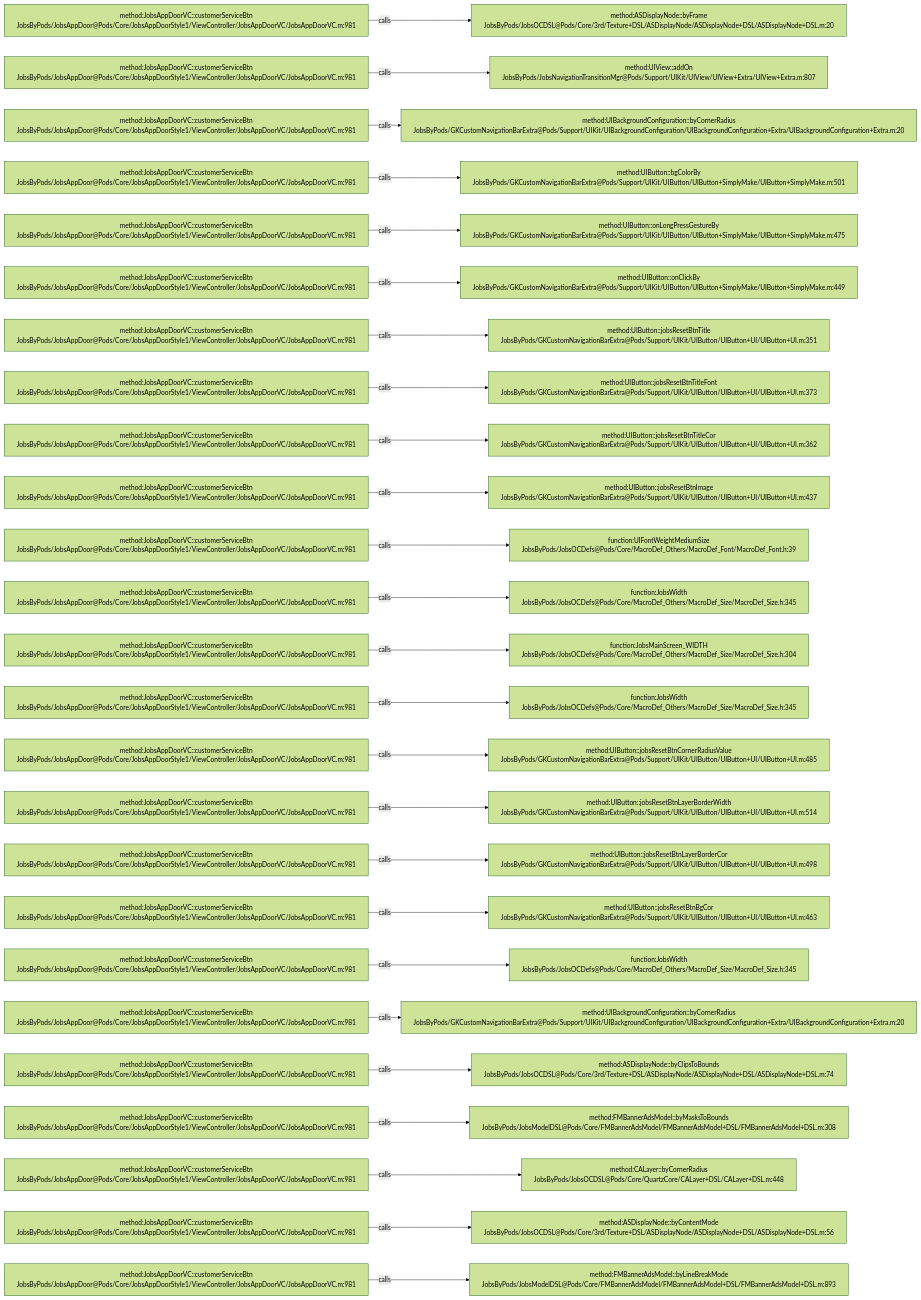
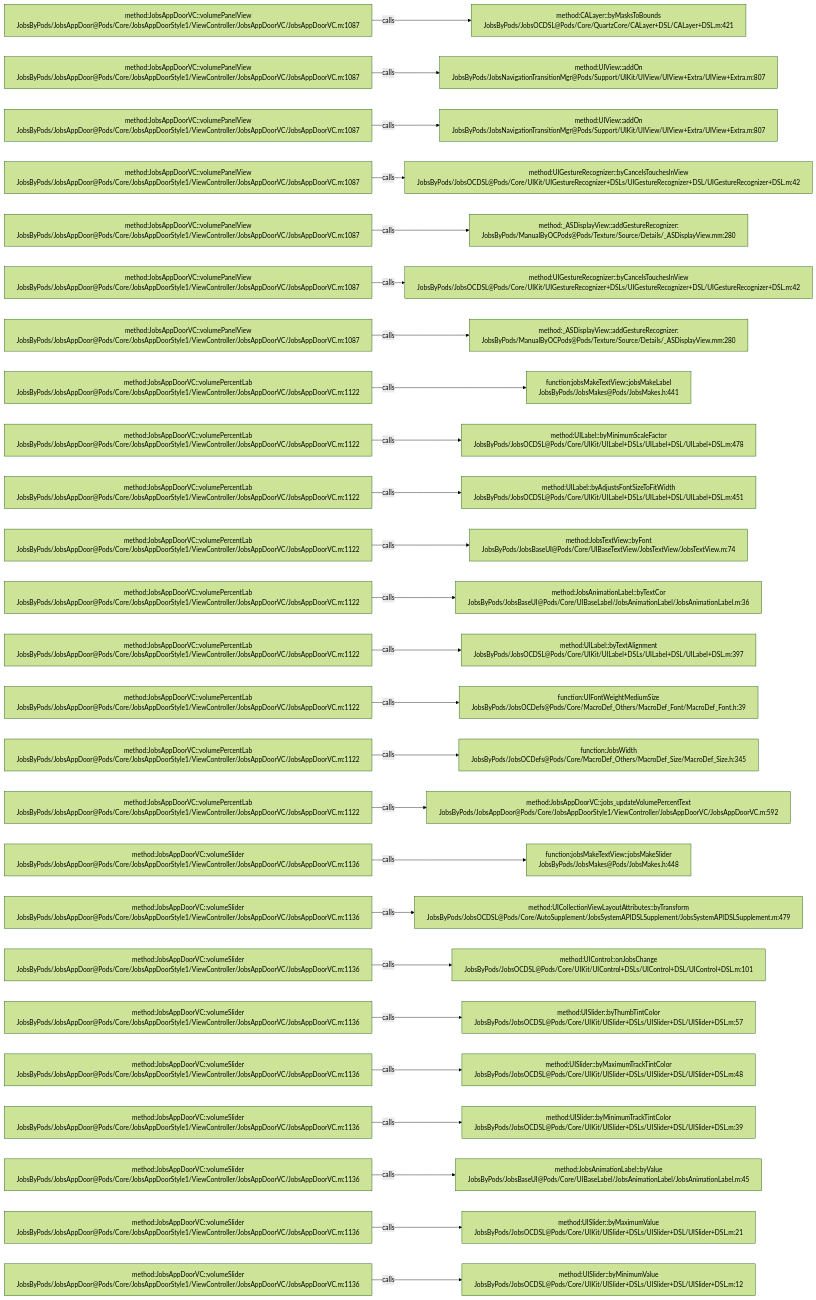
One commit to JobsKits/JobsOCBaseConfigDemo changed the diagram in .codegraph/codegraph.md/graphs/calls-116.md. Above: the diagram before and after it, drawn with Mermaid (forest theme). The commit also changed 223 other files, not shown here.

````diff
--- a/.codegraph/codegraph.md/graphs/calls-116.md
+++ b/.codegraph/codegraph.md/graphs/calls-116.md
@@ -13,78 +13,78 @@
 ```mermaid
 flowchart LR
-  S1["method:JobsAppDoorVC::customerServiceBtn<br/>JobsByPods/JobsAppDoor@Pods/Core/JobsAppDoorStyle1/ViewController/JobsAppDoorVC/JobsAppDoorVC.m:981"]
-  T1["method:ASDisplayNode::byFrame<br/>JobsByPods/JobsOCDSL@Pods/Core/3rd/Texture+DSL/ASDisplayNode/ASDisplayNode+DSL/ASDisplayNode+DSL.m:20"]
+  S1["method:JobsAppDoorVC::volumePanelView<br/>JobsByPods/JobsAppDoor@Pods/Core/JobsAppDoorStyle1/ViewController/JobsAppDoorVC/JobsAppDoorVC.m:1087"]
+  T1["method:CALayer::byMasksToBounds<br/>JobsByPods/JobsOCDSL@Pods/Core/QuartzCore/CALayer+DSL/CALayer+DSL.m:421"]
   S1 -->|calls| T1
-  S2["method:JobsAppDoorVC::customerServiceBtn<br/>JobsByPods/JobsAppDoor@Pods/Core/JobsAppDoorStyle1/ViewController/JobsAppDoorVC/JobsAppDoorVC.m:981"]
+  S2["method:JobsAppDoorVC::volumePanelView<br/>JobsByPods/JobsAppDoor@Pods/Core/JobsAppDoorStyle1/ViewController/JobsAppDoorVC/JobsAppDoorVC.m:1087"]
   T2["method:UIView::addOn<br/>JobsByPods/JobsNavigationTransitionMgr@Pods/Support/UIKit/UIView/UIView+Extra/UIView+Extra.m:807"]
   S2 -->|calls| T2
-  S3["method:JobsAppDoorVC::customerServiceBtn<br/>JobsByPods/JobsAppDoor@Pods/Core/JobsAppDoorStyle1/ViewController/JobsAppDoorVC/JobsAppDoorVC.m:981"]
-  T3["method:UIBackgroundConfiguration::byCornerRadius<br/>JobsByPods/GKCustomNavigationBarExtra@Pods/Support/UIKit/UIBackgroundConfiguration/UIBackgroundConfiguration+Extra/UIBackgroundConfiguration+Extra.m:20"]
+  S3["method:JobsAppDoorVC::volumePanelView<br/>JobsByPods/JobsAppDoor@Pods/Core/JobsAppDoorStyle1/ViewController/JobsAppDoorVC/JobsAppDoorVC.m:1087"]
+  T3["method:UIView::addOn<br/>JobsByPods/JobsNavigationTransitionMgr@Pods/Support/UIKit/UIView/UIView+Extra/UIView+Extra.m:807"]
   S3 -->|calls| T3
-  S4["method:JobsAppDoorVC::customerServiceBtn<br/>JobsByPods/JobsAppDoor@Pods/Core/JobsAppDoorStyle1/ViewController/JobsAppDoorVC/JobsAppDoorVC.m:981"]
-  T4["method:UIButton::bgColorBy<br/>JobsByPods/GKCustomNavigationBarExtra@Pods/Support/UIKit/UIButton/UIButton+SimplyMake/UIButton+SimplyMake.m:501"]
+  S4["method:JobsAppDoorVC::volumePanelView<br/>JobsByPods/JobsAppDoor@Pods/Core/JobsAppDoorStyle1/ViewController/JobsAppDoorVC/JobsAppDoorVC.m:1087"]
+  T4["method:UIGestureRecognizer::byCancelsTouchesInView<br/>JobsByPods/JobsOCDSL@Pods/Core/UIKit/UIGestureRecognizer+DSLs/UIGestureRecognizer+DSL/UIGestureRecognizer+DSL.m:42"]
   S4 -->|calls| T4
-  S5["method:JobsAppDoorVC::customerServiceBtn<br/>JobsByPods/JobsAppDoor@Pods/Core/JobsAppDoorStyle1/ViewController/JobsAppDoorVC/JobsAppDoorVC.m:981"]
-  T5["method:UIButton::onLongPressGestureBy<br/>JobsByPods/GKCustomNavigationBarExtra@Pods/Support/UIKit/UIButton/UIButton+SimplyMake/UIButton+SimplyMake.m:475"]
+  S5["method:JobsAppDoorVC::volumePanelView<br/>JobsByPods/JobsAppDoor@Pods/Core/JobsAppDoorStyle1/ViewController/JobsAppDoorVC/JobsAppDoorVC.m:1087"]
+  T5["method:_ASDisplayView::addGestureRecognizer:<br/>JobsByPods/ManualByOCPods@Pods/Texture/Source/Details/_ASDisplayView.mm:280"]
   S5 -->|calls| T5
-  S6["method:JobsAppDoorVC::customerServiceBtn<br/>JobsByPods/JobsAppDoor@Pods/Core/JobsAppDoorStyle1/ViewController/JobsAppDoorVC/JobsAppDoorVC.m:981"]
-  T6["method:UIButton::onClickBy<br/>JobsByPods/GKCustomNavigationBarExtra@Pods/Support/UIKit/UIButton/UIButton+SimplyMake/UIButton+SimplyMake.m:449"]
+  S6["method:JobsAppDoorVC::volumePanelView<br/>JobsByPods/JobsAppDoor@Pods/Core/JobsAppDoorStyle1/ViewController/JobsAppDoorVC/JobsAppDoorVC.m:1087"]
+  T6["method:UIGestureRecognizer::byCancelsTouchesInView<br/>JobsByPods/JobsOCDSL@Pods/Core/UIKit/UIGestureRecognizer+DSLs/UIGestureRecognizer+DSL/UIGestureRecognizer+DSL.m:42"]
   S6 -->|calls| T6
-  S7["method:JobsAppDoorVC::customerServiceBtn<br/>JobsByPods/JobsAppDoor@Pods/Core/JobsAppDoorStyle1/ViewController/JobsAppDoorVC/JobsAppDoorVC.m:981"]
-  T7["method:UIButton::jobsResetBtnTitle<br/>JobsByPods/GKCustomNavigationBarExtra@Pods/Support/UIKit/UIButton/UIButton+UI/UIButton+UI.m:351"]
+  S7["method:JobsAppDoorVC::volumePanelView<br/>JobsByPods/JobsAppDoor@Pods/Core/JobsAppDoorStyle1/ViewController/JobsAppDoorVC/JobsAppDoorVC.m:1087"]
+  T7["method:_ASDisplayView::addGestureRecognizer:<br/>JobsByPods/ManualByOCPods@Pods/Texture/Source/Details/_ASDisplayView.mm:280"]
   S7 -->|calls| T7
-  S8["method:JobsAppDoorVC::customerServiceBtn<br/>JobsByPods/JobsAppDoor@Pods/Core/JobsAppDoorStyle1/ViewController/JobsAppDoorVC/JobsAppDoorVC.m:981"]
-  T8["method:UIButton::jobsResetBtnTitleFont<br/>JobsByPods/GKCustomNavigationBarExtra@Pods/Support/UIKit/UIButton/UIButton+UI/UIButton+UI.m:373"]
+  S8["method:JobsAppDoorVC::volumePercentLab<br/>JobsByPods/JobsAppDoor@Pods/Core/JobsAppDoorStyle1/ViewController/JobsAppDoorVC/JobsAppDoorVC.m:1122"]
+  T8["function:jobsMakeTextView::jobsMakeLabel<br/>JobsByPods/JobsMakes@Pods/JobsMakes.h:441"]
   S8 -->|calls| T8
-  S9["method:JobsAppDoorVC::customerServiceBtn<br/>JobsByPods/JobsAppDoor@Pods/Core/JobsAppDoorStyle1/ViewController/JobsAppDoorVC/JobsAppDoorVC.m:981"]
-  T9["method:UIButton::jobsResetBtnTitleCor<br/>JobsByPods/GKCustomNavigationBarExtra@Pods/Support/UIKit/UIButton/UIButton+UI/UIButton+UI.m:362"]
+  S9["method:JobsAppDoorVC::volumePercentLab<br/>JobsByPods/JobsAppDoor@Pods/Core/JobsAppDoorStyle1/ViewController/JobsAppDoorVC/JobsAppDoorVC.m:1122"]
+  T9["method:UILabel::byMinimumScaleFactor<br/>JobsByPods/JobsOCDSL@Pods/Core/UIKit/UILabel+DSLs/UILabel+DSL/UILabel+DSL.m:478"]
   S9 -->|calls| T9
-  S10["method:JobsAppDoorVC::customerServiceBtn<br/>JobsByPods/JobsAppDoor@Pods/Core/JobsAppDoorStyle1/ViewController/JobsAppDoorVC/JobsAppDoorVC.m:981"]
-  T10["method:UIButton::jobsResetBtnImage<br/>JobsByPods/GKCustomNavigationBarExtra@Pods/Support/UIKit/UIButton/UIButton+UI/UIButton+UI.m:437"]
+  S10["method:JobsAppDoorVC::volumePercentLab<br/>JobsByPods/JobsAppDoor@Pods/Core/JobsAppDoorStyle1/ViewController/JobsAppDoorVC/JobsAppDoorVC.m:1122"]
+  T10["method:UILabel::byAdjustsFontSizeToFitWidth<br/>JobsByPods/JobsOCDSL@Pods/Core/UIKit/UILabel+DSLs/UILabel+DSL/UILabel+DSL.m:451"]
   S10 -->|calls| T10
-  S11["method:JobsAppDoorVC::customerServiceBtn<br/>JobsByPods/JobsAppDoor@Pods/Core/JobsAppDoorStyle1/ViewController/JobsAppDoorVC/JobsAppDoorVC.m:981"]
-  T11["function:UIFontWeightMediumSize<br/>JobsByPods/JobsOCDefs@Pods/Core/MacroDef_Others/MacroDef_Font/MacroDef_Font.h:39"]
+  S11["method:JobsAppDoorVC::volumePercentLab<br/>JobsByPods/JobsAppDoor@Pods/Core/JobsAppDoorStyle1/ViewController/JobsAppDoorVC/JobsAppDoorVC.m:1122"]
+  T11["method:JobsTextView::byFont<br/>JobsByPods/JobsBaseUI@Pods/Core/UIBaseTextView/JobsTextView/JobsTextView.m:74"]
   S11 -->|calls| T11
-  S12["method:JobsAppDoorVC::customerServiceBtn<br/>JobsByPods/JobsAppDoor@Pods/Core/JobsAppDoorStyle1/ViewController/JobsAppDoorVC/JobsAppDoorVC.m:981"]
-  T12["function:JobsWidth<br/>JobsByPods/JobsOCDefs@Pods/Core/MacroDef_Others/MacroDef_Size/MacroDef_Size.h:345"]
+  S12["method:JobsAppDoorVC::volumePercentLab<br/>JobsByPods/JobsAppDoor@Pods/Core/JobsAppDoorStyle1/ViewController/JobsAppDoorVC/JobsAppDoorVC.m:1122"]
+  T12["method:JobsAnimationLabel::byTextCor<br/>JobsByPods/JobsBaseUI@Pods/Core/UIBaseLabel/JobsAnimationLabel/JobsAnimationLabel.m:36"]
   S12 -->|calls| T12
-  S13["method:JobsAppDoorVC::customerServiceBtn<br/>JobsByPods/JobsAppDoor@Pods/Core/JobsAppDoorStyle1/ViewController/JobsAppDoorVC/JobsAppDoorVC.m:981"]
-  T13["function:JobsMainScreen_WIDTH<br/>JobsByPods/JobsOCDefs@Pods/Core/MacroDef_Others/MacroDef_Size/MacroDef_Size.h:304"]
+  S13["method:JobsAppDoorVC::volumePercentLab<br/>JobsByPods/JobsAppDoor@Pods/Core/JobsAppDoorStyle1/ViewController/JobsAppDoorVC/JobsAppDoorVC.m:1122"]
+  T13["method:UILabel::byTextAlignment<br/>JobsByPods/JobsOCDSL@Pods/Core/UIKit/UILabel+DSLs/UILabel+DSL/UILabel+DSL.m:397"]
   S13 -->|calls| T13
-  S14["method:JobsAppDoorVC::customerServiceBtn<br/>JobsByPods/JobsAppDoor@Pods/Core/JobsAppDoorStyle1/ViewController/JobsAppDoorVC/JobsAppDoorVC.m:981"]
-  T14["function:JobsWidth<br/>JobsByPods/JobsOCDefs@Pods/Core/MacroDef_Others/MacroDef_Size/MacroDef_Size.h:345"]
+  S14["method:JobsAppDoorVC::volumePercentLab<br/>JobsByPods/JobsAppDoor@Pods/Core/JobsAppDoorStyle1/ViewController/JobsAppDoorVC/JobsAppDoorVC.m:1122"]
+  T14["function:UIFontWeightMediumSize<br/>JobsByPods/JobsOCDefs@Pods/Core/MacroDef_Others/MacroDef_Font/MacroDef_Font.h:39"]
   S14 -->|calls| T14
-  S15["method:JobsAppDoorVC::customerServiceBtn<br/>JobsByPods/JobsAppDoor@Pods/Core/JobsAppDoorStyle1/ViewController/JobsAppDoorVC/JobsAppDoorVC.m:981"]
-  T15["method:UIButton::jobsResetBtnCornerRadiusValue<br/>JobsByPods/GKCustomNavigationBarExtra@Pods/Support/UIKit/UIButton/UIButton+UI/UIButton+UI.m:485"]
+  S15["method:JobsAppDoorVC::volumePercentLab<br/>JobsByPods/JobsAppDoor@Pods/Core/JobsAppDoorStyle1/ViewController/JobsAppDoorVC/JobsAppDoorVC.m:1122"]
+  T15["function:JobsWidth<br/>JobsByPods/JobsOCDefs@Pods/Core/MacroDef_Others/MacroDef_Size/MacroDef_Size.h:345"]
   S15 -->|calls| T15
-  S16["method:JobsAppDoorVC::customerServiceBtn<br/>JobsByPods/JobsAppDoor@Pods/Core/JobsAppDoorStyle1/ViewController/JobsAppDoorVC/JobsAppDoorVC.m:981"]
-  T16["method:UIButton::jobsResetBtnLayerBorderWidth<br/>JobsByPods/GKCustomNavigationBarExtra@Pods/Support/UIKit/UIButton/UIButton+UI/UIButton+UI.m:514"]
+  S16["method:JobsAppDoorVC::volumePercentLab<br/>JobsByPods/JobsAppDoor@Pods/Core/JobsAppDoorStyle1/ViewController/JobsAppDoorVC/JobsAppDoorVC.m:1122"]
+  T16["method:JobsAppDoorVC::jobs_updateVolumePercentText<br/>JobsByPods/JobsAppDoor@Pods/Core/JobsAppDoorStyle1/ViewController/JobsAppDoorVC/JobsAppDoorVC.m:592"]
   S16 -->|calls| T16
-  S17["method:JobsAppDoorVC::customerServiceBtn<br/>JobsByPods/JobsAppDoor@Pods/Core/JobsAppDoorStyle1/ViewController/JobsAppDoorVC/JobsAppDoorVC.m:981"]
-  T17["method:UIButton::jobsResetBtnLayerBorderCor<br/>JobsByPods/GKCustomNavigationBarExtra@Pods/Support/UIKit/UIButton/UIButton+UI/UIButton+UI.m:498"]
+  S17["method:JobsAppDoorVC::volumeSlider<br/>JobsByPods/JobsAppDoor@Pods/Core/JobsAppDoorStyle1/ViewController/JobsAppDoorVC/JobsAppDoorVC.m:1136"]
+  T17["function:jobsMakeTextView::jobsMakeSlider<br/>JobsByPods/JobsMakes@Pods/JobsMakes.h:448"]
   S17 -->|calls| T17
-  S18["method:JobsAppDoorVC::customerServiceBtn<br/>JobsByPods/JobsAppDoor@Pods/Core/JobsAppDoorStyle1/ViewController/JobsAppDoorVC/JobsAppDoorVC.m:981"]
-  T18["method:UIButton::jobsResetBtnBgCor<br/>JobsByPods/GKCustomNavigationBarExtra@Pods/Support/UIKit/UIButton/UIButton+UI/UIButton+UI.m:463"]
+  S18["method:JobsAppDoorVC::volumeSlider<br/>JobsByPods/JobsAppDoor@Pods/Core/JobsAppDoorStyle1/ViewController/JobsAppDoorVC/JobsAppDoorVC.m:1136"]
+  T18["method:UICollectionViewLayoutAttributes::byTransform<br/>JobsByPods/JobsOCDSL@Pods/Core/AutoSupplement/JobsSystemAPIDSLSupplement/JobsSystemAPIDSLSupplement.m:479"]
   S18 -->|calls| T18
-  S19["method:JobsAppDoorVC::customerServiceBtn<br/>JobsByPods/JobsAppDoor@Pods/Core/JobsAppDoorStyle1/ViewController/JobsAppDoorVC/JobsAppDoorVC.m:981"]
-  T19["function:JobsWidth<br/>JobsByPods/JobsOCDefs@Pods/Core/MacroDef_Others/MacroDef_Size/MacroDef_Size.h:345"]
+  S19["method:JobsAppDoorVC::volumeSlider<br/>JobsByPods/JobsAppDoor@Pods/Core/JobsAppDoorStyle1/ViewController/JobsAppDoorVC/JobsAppDoorVC.m:1136"]
+  T19["method:UIControl::onJobsChange<br/>JobsByPods/JobsOCDSL@Pods/Core/UIKit/UIControl+DSLs/UIControl+DSL/UIControl+DSL.m:101"]
   S19 -->|calls| T19
-  S20["method:JobsAppDoorVC::customerServiceBtn<br/>JobsByPods/JobsAppDoor@Pods/Core/JobsAppDoorStyle1/ViewController/JobsAppDoorVC/JobsAppDoorVC.m:981"]
-  T20["method:UIBackgroundConfiguration::byCornerRadius<br/>JobsByPods/GKCustomNavigationBarExtra@Pods/Support/UIKit/UIBackgroundConfiguration/UIBackgroundConfiguration+Extra/UIBackgroundConfiguration+Extra.m:20"]
+  S20["method:JobsAppDoorVC::volumeSlider<br/>JobsByPods/JobsAppDoor@Pods/Core/JobsAppDoorStyle1/ViewController/JobsAppDoorVC/JobsAppDoorVC.m:1136"]
+  T20["method:UISlider::byThumbTintColor<br/>JobsByPods/JobsOCDSL@Pods/Core/UIKit/UISlider+DSLs/UISlider+DSL/UISlider+DSL.m:57"]
   S20 -->|calls| T20
-  S21["method:JobsAppDoorVC::customerServiceBtn<br/>JobsByPods/JobsAppDoor@Pods/Core/JobsAppDoorStyle1/ViewController/JobsAppDoorVC/JobsAppDoorVC.m:981"]
-  T21["method:ASDisplayNode::byClipsToBounds<br/>JobsByPods/JobsOCDSL@Pods/Core/3rd/Texture+DSL/ASDisplayNode/ASDisplayNode+DSL/ASDisplayNode+DSL.m:74"]
+  S21["method:JobsAppDoorVC::volumeSlider<br/>JobsByPods/JobsAppDoor@Pods/Core/JobsAppDoorStyle1/ViewController/JobsAppDoorVC/JobsAppDoorVC.m:1136"]
+  T21["method:UISlider::byMaximumTrackTintColor<br/>JobsByPods/JobsOCDSL@Pods/Core/UIKit/UISlider+DSLs/UISlider+DSL/UISlider+DSL.m:48"]
   S21 -->|calls| T21
-  S22["method:JobsAppDoorVC::customerServiceBtn<br/>JobsByPods/JobsAppDoor@Pods/Core/JobsAppDoorStyle1/ViewController/JobsAppDoorVC/JobsAppDoorVC.m:981"]
-  T22["method:FMBannerAdsModel::byMasksToBounds<br/>JobsByPods/JobsModelDSL@Pods/Core/FMBannerAdsModel/FMBannerAdsModel+DSL/FMBannerAdsModel+DSL.m:308"]
+  S22["method:JobsAppDoorVC::volumeSlider<br/>JobsByPods/JobsAppDoor@Pods/Core/JobsAppDoorStyle1/ViewController/JobsAppDoorVC/JobsAppDoorVC.m:1136"]
+  T22["method:UISlider::byMinimumTrackTintColor<br/>JobsByPods/JobsOCDSL@Pods/Core/UIKit/UISlider+DSLs/UISlider+DSL/UISlider+DSL.m:39"]
   S22 -->|calls| T22
-  S23["method:JobsAppDoorVC::customerServiceBtn<br/>JobsByPods/JobsAppDoor@Pods/Core/JobsAppDoorStyle1/ViewController/JobsAppDoorVC/JobsAppDoorVC.m:981"]
-  T23["method:CALayer::byCornerRadius<br/>JobsByPods/JobsOCDSL@Pods/Core/QuartzCore/CALayer+DSL/CALayer+DSL.m:448"]
+  S23["method:JobsAppDoorVC::volumeSlider<br/>JobsByPods/JobsAppDoor@Pods/Core/JobsAppDoorStyle1/ViewController/JobsAppDoorVC/JobsAppDoorVC.m:1136"]
+  T23["method:JobsAnimationLabel::byValue<br/>JobsByPods/JobsBaseUI@Pods/Core/UIBaseLabel/JobsAnimationLabel/JobsAnimationLabel.m:45"]
   S23 -->|calls| T23
-  S24["method:JobsAppDoorVC::customerServiceBtn<br/>JobsByPods/JobsAppDoor@Pods/Core/JobsAppDoorStyle1/ViewController/JobsAppDoorVC/JobsAppDoorVC.m:981"]
-  T24["method:ASDisplayNode::byContentMode<br/>JobsByPods/JobsOCDSL@Pods/Core/3rd/Texture+DSL/ASDisplayNode/ASDisplayNode+DSL/ASDisplayNode+DSL.m:56"]
+  S24["method:JobsAppDoorVC::volumeSlider<br/>JobsByPods/JobsAppDoor@Pods/Core/JobsAppDoorStyle1/ViewController/JobsAppDoorVC/JobsAppDoorVC.m:1136"]
+  T24["method:UISlider::byMaximumValue<br/>JobsByPods/JobsOCDSL@Pods/Core/UIKit/UISlider+DSLs/UISlider+DSL/UISlider+DSL.m:21"]
   S24 -->|calls| T24
-  S25["method:JobsAppDoorVC::customerServiceBtn<br/>JobsByPods/JobsAppDoor@Pods/Core/JobsAppDoorStyle1/ViewController/JobsAppDoorVC/JobsAppDoorVC.m:981"]
-  T25["method:FMBannerAdsModel::byLineBreakMode<br/>JobsByPods/JobsModelDSL@Pods/Core/FMBannerAdsModel/FMBannerAdsModel+DSL/FMBannerAdsModel+DSL.m:893"]
+  S25["method:JobsAppDoorVC::volumeSlider<br/>JobsByPods/JobsAppDoor@Pods/Core/JobsAppDoorStyle1/ViewController/JobsAppDoorVC/JobsAppDoorVC.m:1136"]
+  T25["method:UISlider::byMinimumValue<br/>JobsByPods/JobsOCDSL@Pods/Core/UIKit/UISlider+DSLs/UISlider+DSL/UISlider+DSL.m:12"]
   S25 -->|calls| T25
 ```
````
